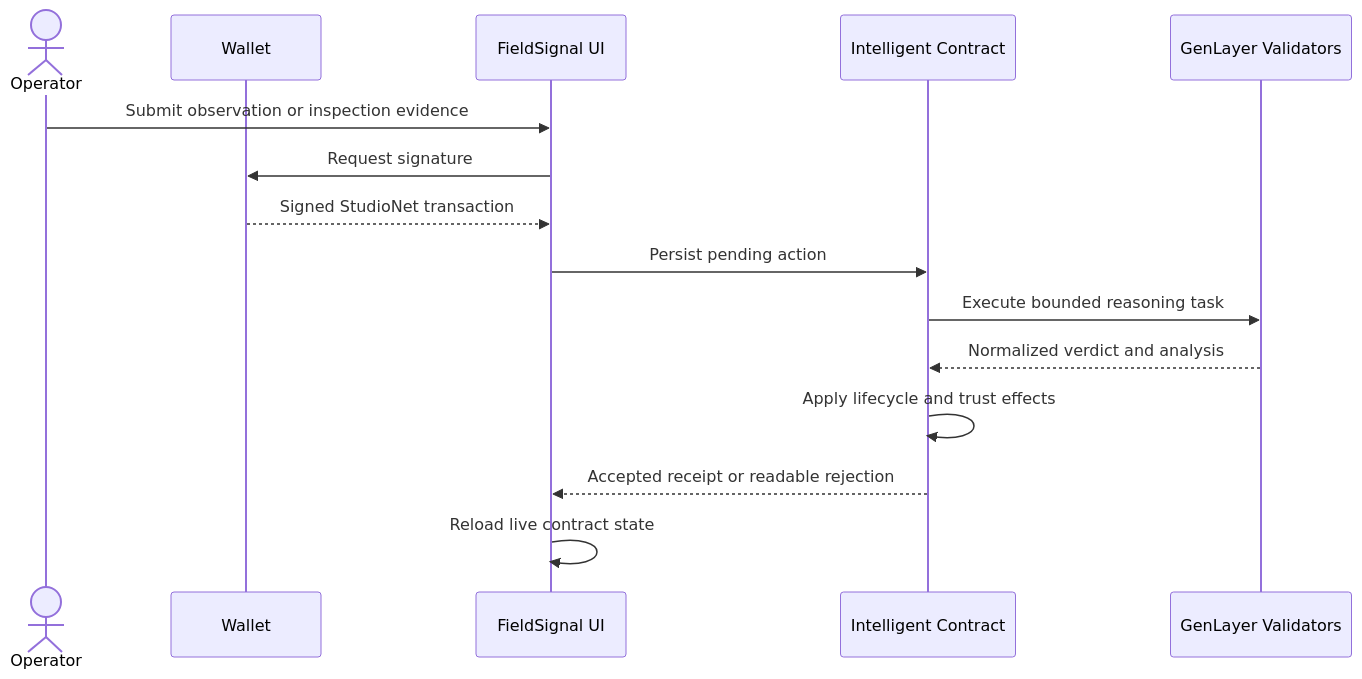
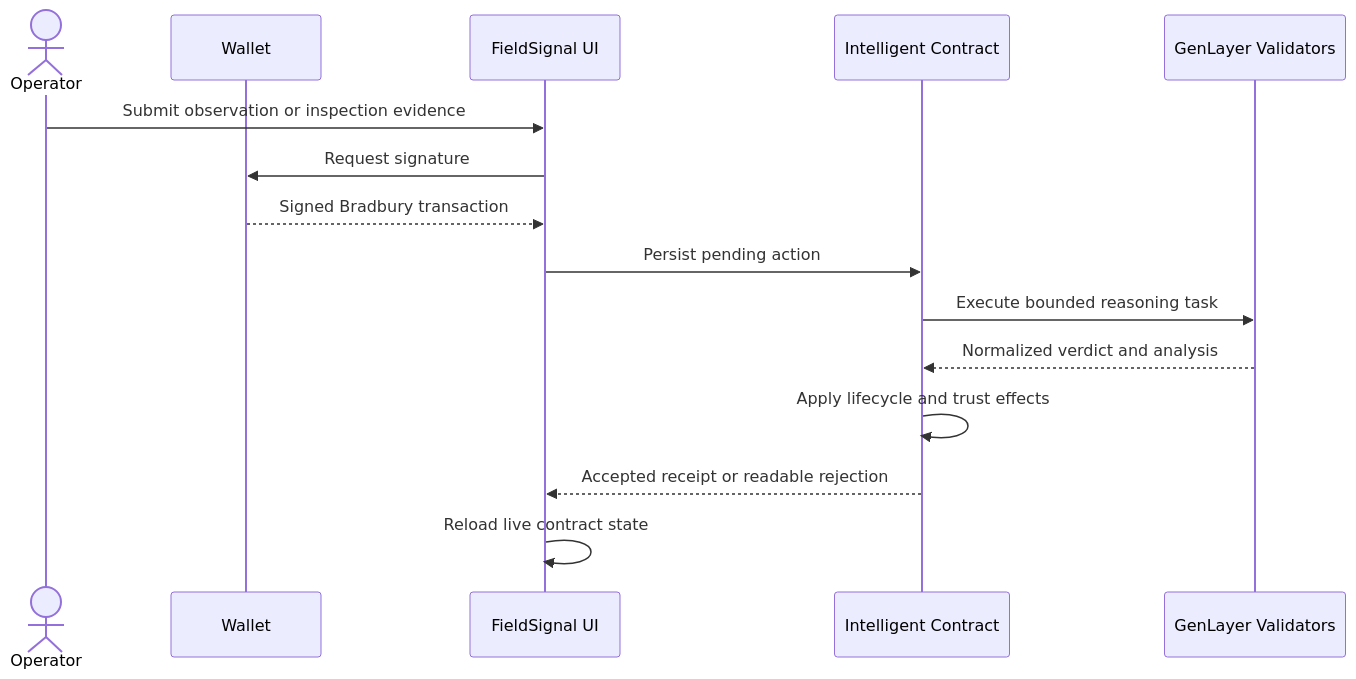
The diagram in README.md (AbstrusImad/fieldsignal), drawn with Mermaid before and after one commit. The commit also changed other lines of this file and 21 other files, not shown here.

````diff
--- a/README.md
+++ b/README.md
@@ -135,18 +139,18 @@
 ```mermaid
 sequenceDiagram
     actor Operator
     participant Wallet
     participant App as FieldSignal UI
     participant Contract as Intelligent Contract
     participant Validators as GenLayer Validators
 
     Operator->>App: Submit observation or inspection evidence
     App->>Wallet: Request signature
-    Wallet-->>App: Signed StudioNet transaction
+    Wallet-->>App: Signed Bradbury transaction
     App->>Contract: Persist pending action
     Contract->>Validators: Execute bounded reasoning task
     Validators-->>Contract: Normalized verdict and analysis
     Contract->>Contract: Apply lifecycle and trust effects
     Contract-->>App: Accepted receipt or readable rejection
     App->>App: Reload live contract state
 ```
````
